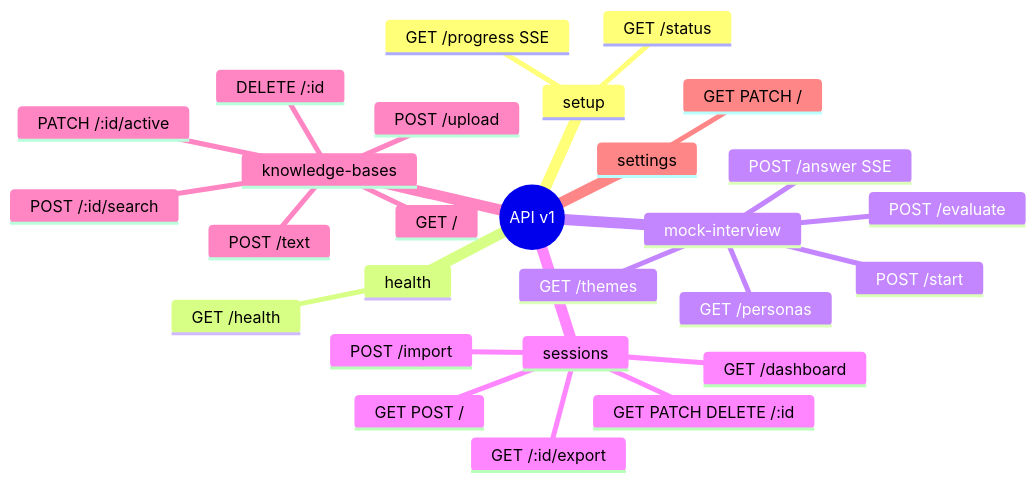
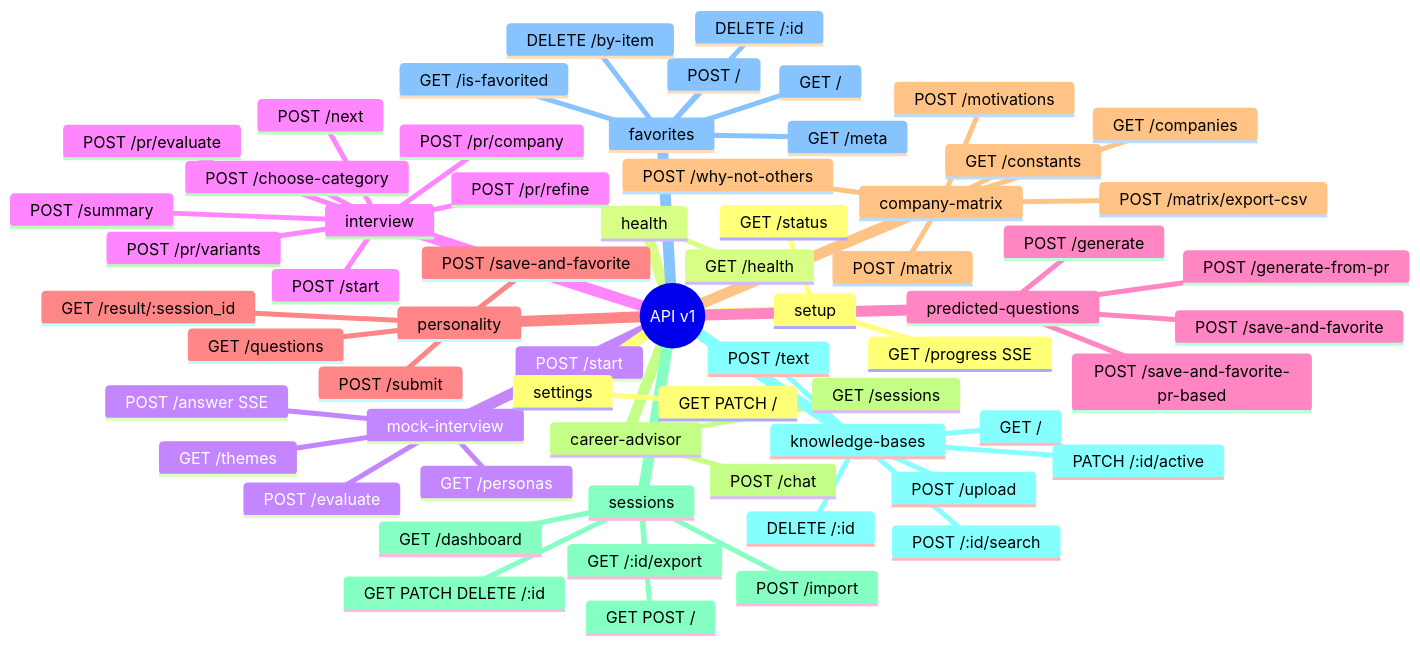
The third of 3 diagrams in react-fastapi/README.md (Myubd/interview-ai-app), drawn with Mermaid before and after one commit. The commit also changed other lines of this file and 29 other files, not shown here.

````diff
--- a/react-fastapi/README.md
+++ b/react-fastapi/README.md
@@ -206,30 +230,66 @@
 ```mermaid
 mindmap
   root((API v1))
     setup
       GET /status
       GET /progress SSE
     health
       GET /health
     mock-interview
       POST /start
       POST /answer SSE
       POST /evaluate
       GET /personas
       GET /themes
+    interview
+      POST /start
+      POST /next
+      POST /choose-category
+      POST /summary
+      POST /pr/variants
+      POST /pr/evaluate
+      POST /pr/refine
+      POST /pr/company
+    predicted-questions
+      POST /generate
+      POST /generate-from-pr
+      POST /save-and-favorite
+      POST /save-and-favorite-pr-based
+    personality
+      GET /questions
+      POST /submit
+      POST /save-and-favorite
+      GET /result/:session_id
+    company-matrix
+      GET /companies
+      GET /constants
+      POST /motivations
+      POST /matrix
+      POST /matrix/export-csv
+      POST /why-not-others
+    career-advisor
+      GET /sessions
+      POST /chat
     sessions
       GET POST /
       GET /dashboard
       GET PATCH DELETE /:id
       GET /:id/export
       POST /import
     knowledge-bases
       GET /
       POST /text
       POST /upload
       DELETE /:id
       PATCH /:id/active
       POST /:id/search
+    favorites
+      GET /
+      POST /
+      DELETE /:id
+      GET /is-favorited
+      DELETE /by-item
+      GET /meta
     settings
       GET PATCH /
 ```
````
